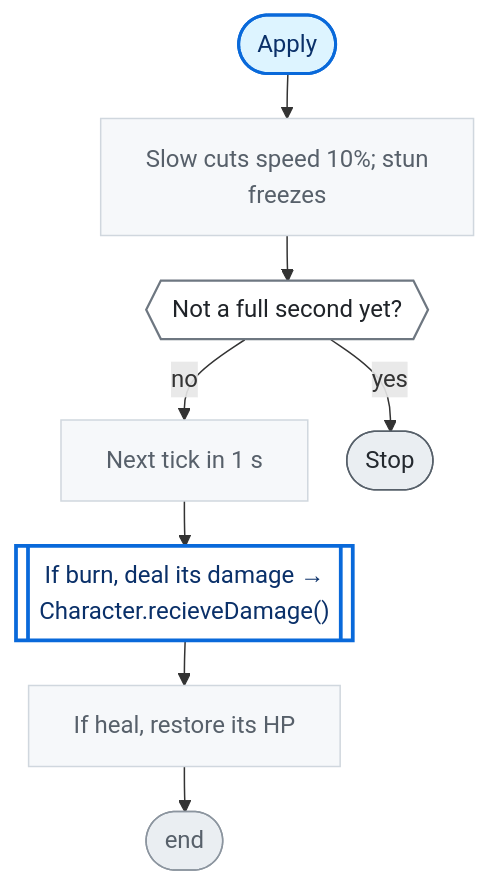
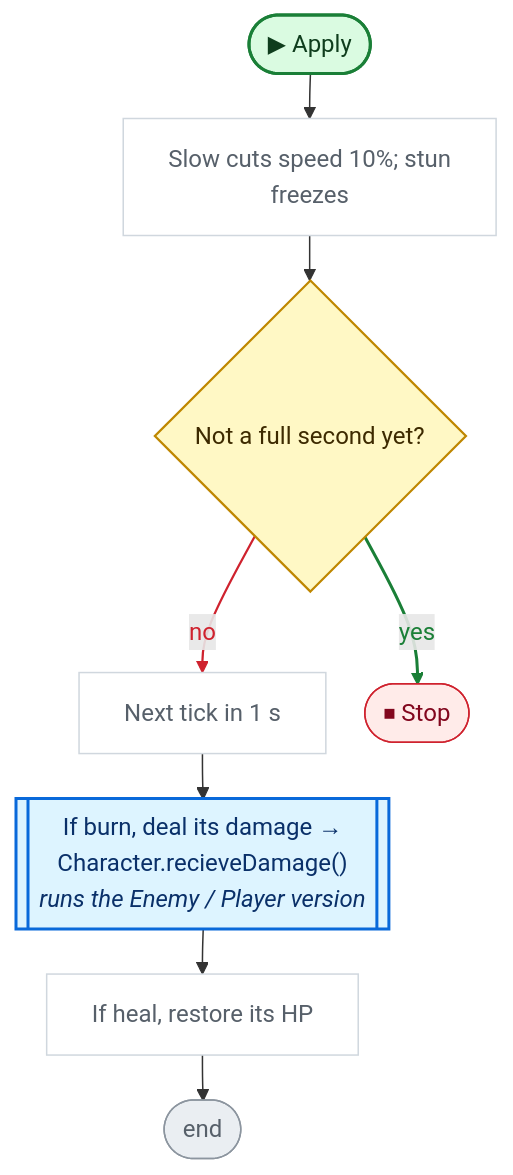
Before and after one commit to nataiai/Lord-of-the-Dungeon: the fifth of 5 diagrams in CodeGraph~/graph/BuffEffect.cs.md, drawn with Mermaid. The commit also changed other lines of this file and 44 other files, not shown here.

````diff
--- a/CodeGraph~/graph/BuffEffect.cs.md
+++ b/CodeGraph~/graph/BuffEffect.cs.md
@@ -211,41 +229,47 @@
 ```mermaid
 ---
 config:
   flowchart:
     wrappingWidth: 260
     nodeSpacing: 26
     rankSpacing: 30
 ---
 flowchart TD
-  nS(["Apply"])
+  nS(["▶ Apply"])
   n66868f["Slow cuts speed 10%; stun<br>freezes"]
-  n2354d9{{"Not a full second yet?"}}
+  n2354d9{"Not a full second yet?"}
   nca6318["Next tick in 1 s"]
-  n2294e9[["If burn, deal its damage →<br>Character.recieveDamage()"]]
+  n2294e9[["If burn, deal its damage →<br>Character.recieveDamage()<br><i>runs the Enemy / Player version</i>"]]
   nd05218["If heal, restore its HP"]
   nE(["end"])
-  nb2e4fc(["Stop"])
+  nb2e4fc(["⏹ Stop"])
   nS --> n66868f
   n66868f --> n2354d9
   n2354d9 -->|no| nca6318
   n2354d9 -->|yes| nb2e4fc
   nca6318 --> n2294e9
   n2294e9 --> nd05218
   nd05218 --> nE
-  classDef unity fill:#fff1c2,stroke:#9a6700,stroke-width:2px,color:#3b2300
-  classDef start fill:#ddf4ff,stroke:#0969da,stroke-width:2px,color:#0a3069
-  classDef calc fill:#f6f8fa,stroke:#d0d7de,color:#57606a
-  classDef calls fill:#ffffff,stroke:#0969da,stroke-width:2.5px,color:#0a3069
-  classDef cond fill:#ffffff,stroke:#6e7781,stroke-width:1.5px,color:#1f2328
-  classDef loop fill:#fbefff,stroke:#8250df,color:#3e1f79
-  classDef exit fill:#eaeef2,stroke:#57606a,color:#24292f
-  classDef wait fill:#fff8f0,stroke:#bc4c00,color:#4d1d00
+  linkStyle 2 stroke:#cf222e,stroke-width:1.5px,color:#cf222e
+  linkStyle 3 stroke:#1a7f37,stroke-width:2px,color:#1a7f37
+  classDef unity fill:#dafbe1,stroke:#1a7f37,stroke-width:2px,color:#0f3d1d
+  classDef start fill:#dafbe1,stroke:#1a7f37,stroke-width:2px,color:#0f3d1d
+  classDef calc fill:#ffffff,stroke:#d0d7de,color:#57606a
+  classDef calls fill:#ddf4ff,stroke:#0969da,stroke-width:2px,color:#0a3069
+  classDef ext fill:#ddf4ff,stroke:#0969da,stroke-width:2px,stroke-dasharray:5 3,color:#0a3069
+  classDef cond fill:#fff8c5,stroke:#bf8700,stroke-width:1.5px,color:#3d2a00
+  classDef loop fill:#f6f8fa,stroke:#57606a,color:#1f2328
+  classDef exit fill:#ffebe9,stroke:#cf222e,color:#82071e
+  classDef kill fill:#ffebe9,stroke:#cf222e,stroke-width:2px,color:#82071e
+  classDef spawn fill:#dafbe1,stroke:#1a7f37,stroke-width:2px,color:#0f3d1d
+  classDef wait fill:#fff1e5,stroke:#bc4c00,color:#4d1d00
   classDef fin fill:#eaeef2,stroke:#8c959f,color:#57606a
   classDef join fill:#d0d7de,stroke:#8c959f,color:#57606a
+  classDef ghdr fill:#f5f9ff,stroke:#f5f9ff,color:#0a3069,font-weight:bold
   class n66868f,nca6318,nd05218 calc
   class n2294e9 calls
   class n2354d9 cond
   class nb2e4fc exit
   class nE fin
   class nS start
 ```
````
